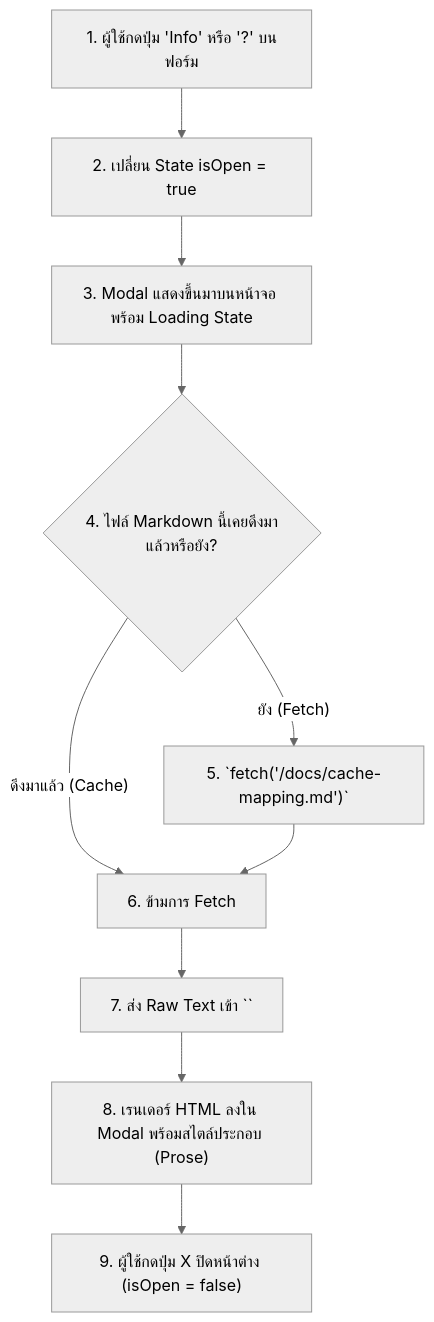
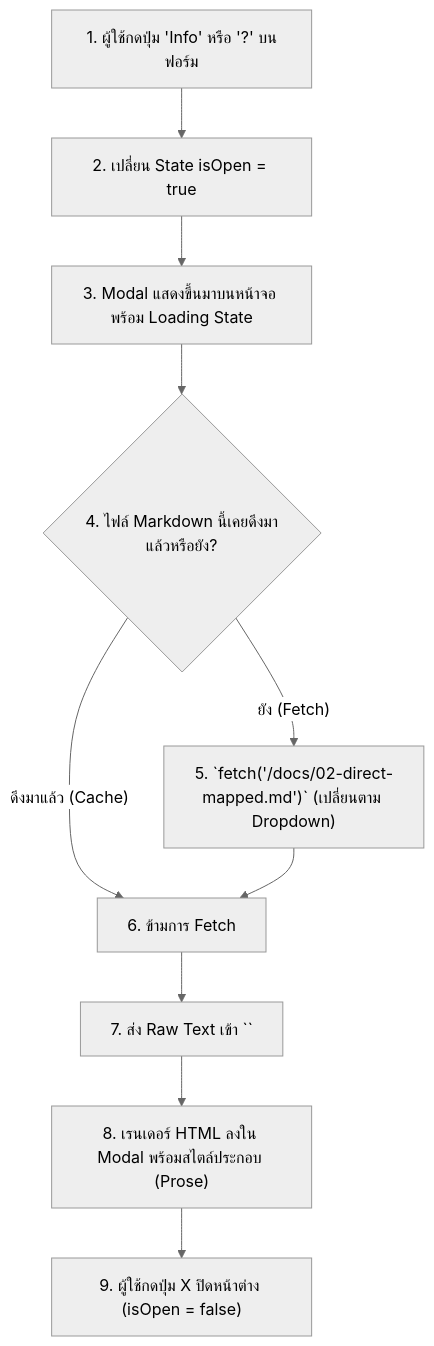
The diagram in .agents/plans/Phase 4_Educational Content/story-9.plan.md (Nattopacirus/CacheInsight-Reforged), drawn with Mermaid (neutral theme) before and after one commit. The commit also changed other lines of this file and 19 other files, not shown here.

Commit message:
feat: implement Markdown-powered educational modal and backend simulation utilities for cache mapping analysis

````diff
--- a/.agents/plans/Phase 4_Educational Content/story-9.plan.md
+++ b/.agents/plans/Phase 4_Educational Content/story-9.plan.md
@@ -44,16 +47,16 @@
 ```mermaid
 graph TD
     A["1. ผู้ใช้กดปุ่ม 'Info' หรือ '?' บนฟอร์ม"] --> B["2. เปลี่ยน State isOpen = true"]
     
     B --> C["3. Modal แสดงขึ้นมาบนหน้าจอ พร้อม Loading State"]
     C --> D{"4. ไฟล์ Markdown นี้เคยดึงมาแล้วหรือยัง?"}
     
-    D -->|"ยัง (Fetch)"| E["5. `fetch('/docs/cache-mapping.md')`"]
+    D -->|"ยัง (Fetch)"| E["5. `fetch('/docs/02-direct-mapped.md')` (เปลี่ยนตาม Dropdown)"]
     D -->|"ดึงมาแล้ว (Cache)"| F["6. ข้ามการ Fetch"]
     
     E --> F
     F --> G["7. ส่ง Raw Text เข้า `<ReactMarkdown>`"]
     
     G --> H["8. เรนเดอร์ HTML ลงใน Modal พร้อมสไตล์ประกอบ (Prose)"]
     H --> I["9. ผู้ใช้กดปุ่ม X ปิดหน้าต่าง (isOpen = false)"]
 ```
````
